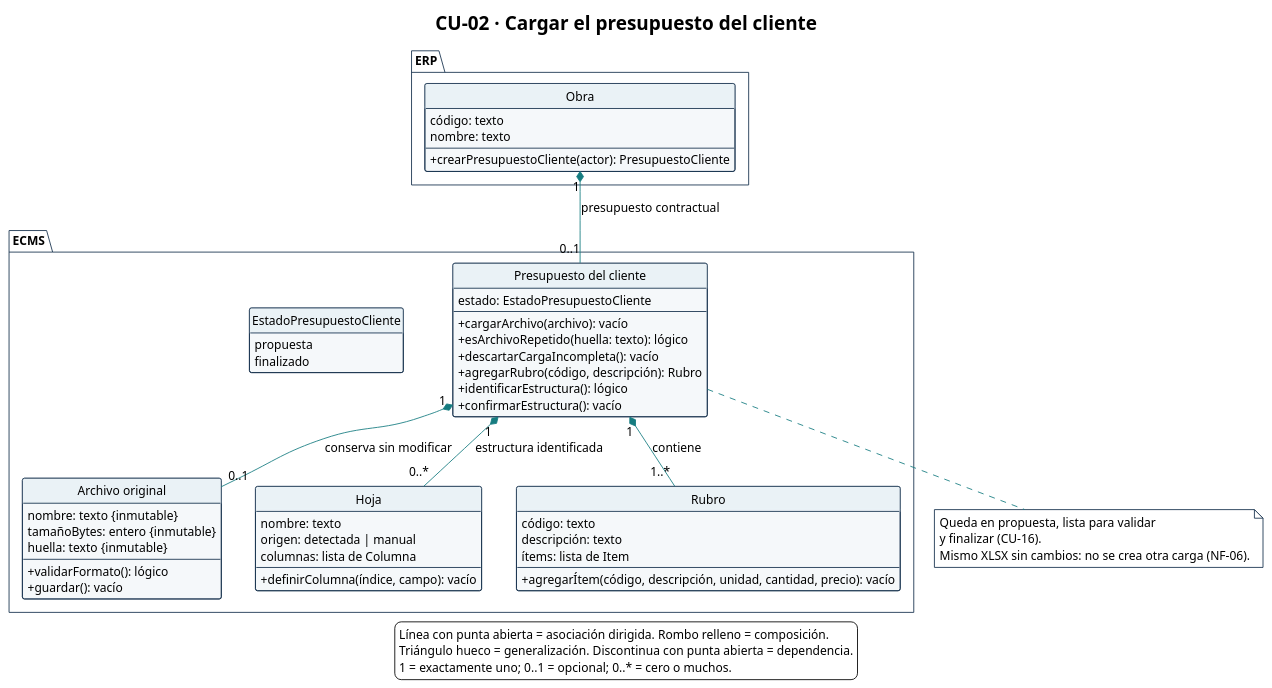
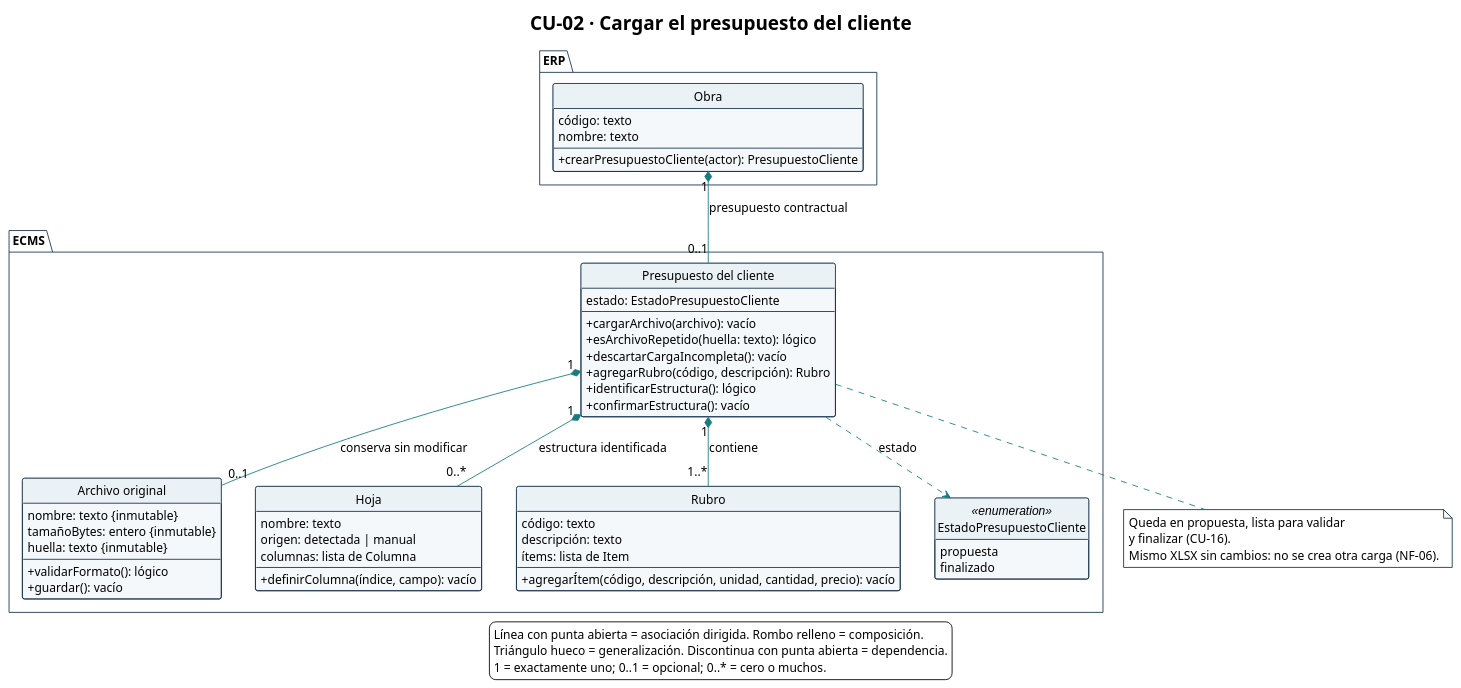
Before and after one commit to Ssrrb/tpf-uca: the diagram in diagramas/CU-02-clases.puml, drawn with PlantUML. The commit also changed 5 other files, not shown here.

```diff
--- a/diagramas/CU-02-clases.puml
+++ b/diagramas/CU-02-clases.puml
@@ -1,97 +1,98 @@
 @startuml
 !theme plain
 skinparam style strictuml
 title CU-02 · Cargar el presupuesto del cliente
 hide circle
 hide empty methods
 hide empty fields
 skinparam shadowing false
 skinparam classAttributeIconSize 0
 skinparam defaultFontName Arial
 skinparam defaultFontSize 14
 skinparam nodesep 40
 skinparam ranksep 50
 skinparam ArrowColor #167C80
 skinparam class {
   BackgroundColor #F5F8FA
   BorderColor #17324D
   HeaderBackgroundColor #EAF2F6
 }
 skinparam package {
   BackgroundColor #FFFFFF
   BorderColor #17324D
 }
 skinparam note {
   BackgroundColor #FFFFFF
   BorderColor #17324D
 }
 package "ERP" {
   class Obra {
     código: texto
     nombre: texto
     --
     + crearPresupuestoCliente(actor): PresupuestoCliente
   }
 }
 
 package "ECMS" {
 
   class "Presupuesto del cliente" as PresupuestoCliente {
     estado: EstadoPresupuestoCliente
     --
     + cargarArchivo(archivo): vacío
     + esArchivoRepetido(huella: texto): lógico
     + descartarCargaIncompleta(): vacío
     + agregarRubro(código, descripción): Rubro
     + identificarEstructura(): lógico
     + confirmarEstructura(): vacío
   }
 
   class "Archivo original" as ArchivoOriginal {
     nombre: texto {inmutable}
     tamañoBytes: entero {inmutable}
     huella: texto {inmutable}
     --
     + validarFormato(): lógico
     + guardar(): vacío
   }
 
   class Hoja {
     nombre: texto
     origen: detectada | manual
     columnas: lista de Columna
     --
     + definirColumna(índice, campo): vacío
   }
 
   class Rubro {
     código: texto
     descripción: texto
     ítems: lista de Item
     --
     + agregarÍtem(código, descripción, unidad, cantidad, precio): vacío
   }
 
-  enum EstadoPresupuestoCliente {
+  enum EstadoPresupuestoCliente <<enumeration>> {
     propuesta
     finalizado
   }
 }
 
 Obra "1" *-- "0..1" PresupuestoCliente : presupuesto contractual
 PresupuestoCliente "1" *-- "0..1" ArchivoOriginal : conserva sin modificar
 PresupuestoCliente "1" *-- "0..*" Hoja : estructura identificada
 PresupuestoCliente "1" *-- "1..*" Rubro : contiene
 
+PresupuestoCliente ..> EstadoPresupuestoCliente : estado
 note bottom of PresupuestoCliente
   Queda en propuesta, lista para validar
   y finalizar (CU-16).
   Mismo XLSX sin cambios: no se crea otra carga (NF-06).
 end note
 
 legend bottom
   Línea con punta abierta = asociación dirigida. Rombo relleno = composición.
   Triángulo hueco = generalización. Discontinua con punta abierta = dependencia.
   1 = exactamente uno; 0..1 = opcional; 0..* = cero o muchos.
 endlegend
 @enduml
```
